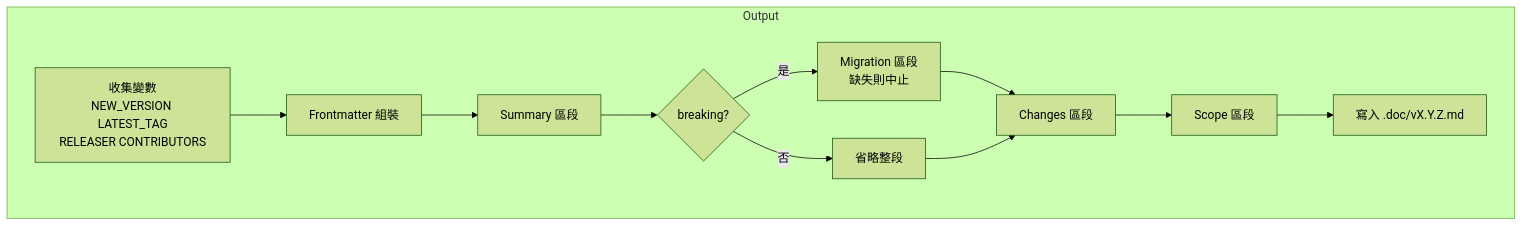
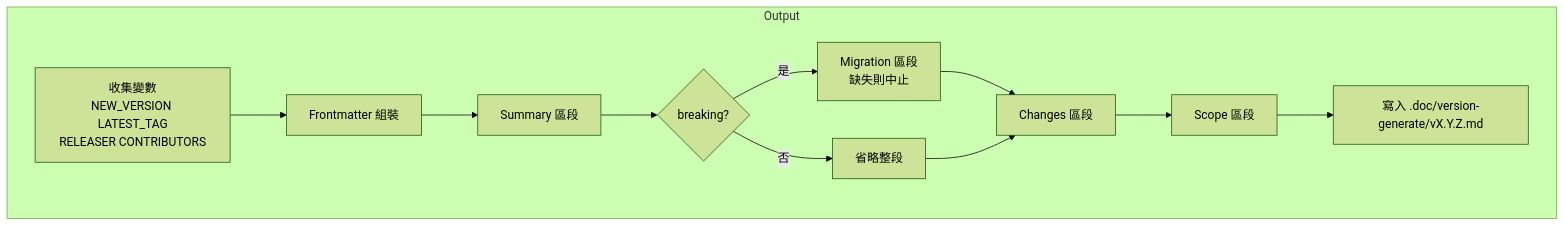
One commit to pardnio/skill-version-generate changed the sixth of 9 diagrams in doc/architecture.zh.md. Above: the diagram before and after it, drawn with Mermaid (forest theme). The commit also changed other lines of this file and 9 other files, not shown here.

````diff
--- a/doc/architecture.zh.md
+++ b/doc/architecture.zh.md
@@ -90,14 +90,14 @@
 ```mermaid
 graph TB
     subgraph Output
         Vars[收集變數<br/>NEW_VERSION LATEST_TAG<br/>RELEASER CONTRIBUTORS] --> FM[Frontmatter 組裝]
         FM --> Summary[Summary 區段]
         Summary --> Brk{breaking?}
         Brk -- 是 --> Mig[Migration 區段<br/>缺失則中止]
         Brk -- 否 --> Skip[省略整段]
         Mig --> Changes[Changes 區段]
         Skip --> Changes
         Changes --> Scope[Scope 區段]
-        Scope --> Write[寫入 .doc/vX.Y.Z.md]
+        Scope --> Write[寫入 .doc/version-generate/vX.Y.Z.md]
     end
 ```
````
